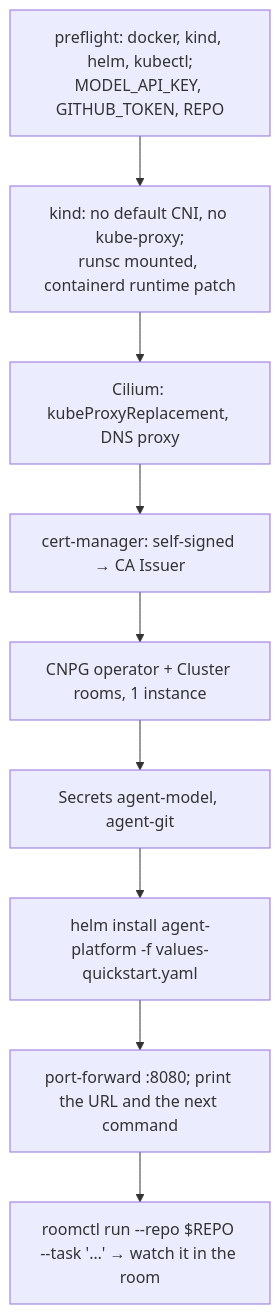
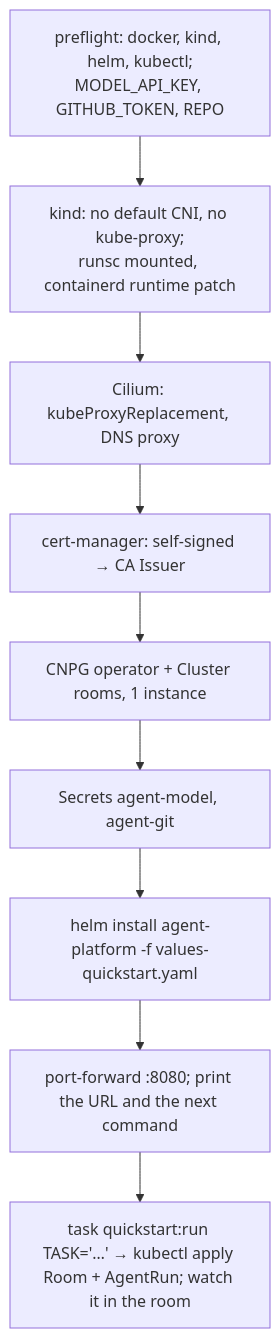
One commit to Smana/agent-platform changed the diagram in docs/superpowers/specs/2026-10-18-install-anywhere-design.md. Above: the diagram before and after it, drawn with Mermaid. The commit also changed other lines of this file and 1 other file, not shown here.

````diff
--- a/docs/superpowers/specs/2026-10-18-install-anywhere-design.md
+++ b/docs/superpowers/specs/2026-10-18-install-anywhere-design.md
@@ -121,11 +126,11 @@
 ```mermaid
 flowchart TD
   P[preflight: docker, kind, helm, kubectl;<br/>MODEL_API_KEY, GITHUB_TOKEN, REPO] --> K[kind: no default CNI, no kube-proxy;<br/>runsc mounted, containerd runtime patch]
   K --> C[Cilium: kubeProxyReplacement, DNS proxy]
   C --> M[cert-manager: self-signed → CA Issuer]
   M --> N[CNPG operator + Cluster rooms, 1 instance]
   N --> S[Secrets agent-model, agent-git]
   S --> H[helm install agent-platform -f values-quickstart.yaml]
   H --> F[port-forward :8080; print the URL and the next command]
-  F --> R["roomctl run --repo $REPO --task '…' → watch it in the room"]
+  F --> R["task quickstart:run TASK='…' → kubectl apply Room + AgentRun; watch it in the room"]
 ```
````
